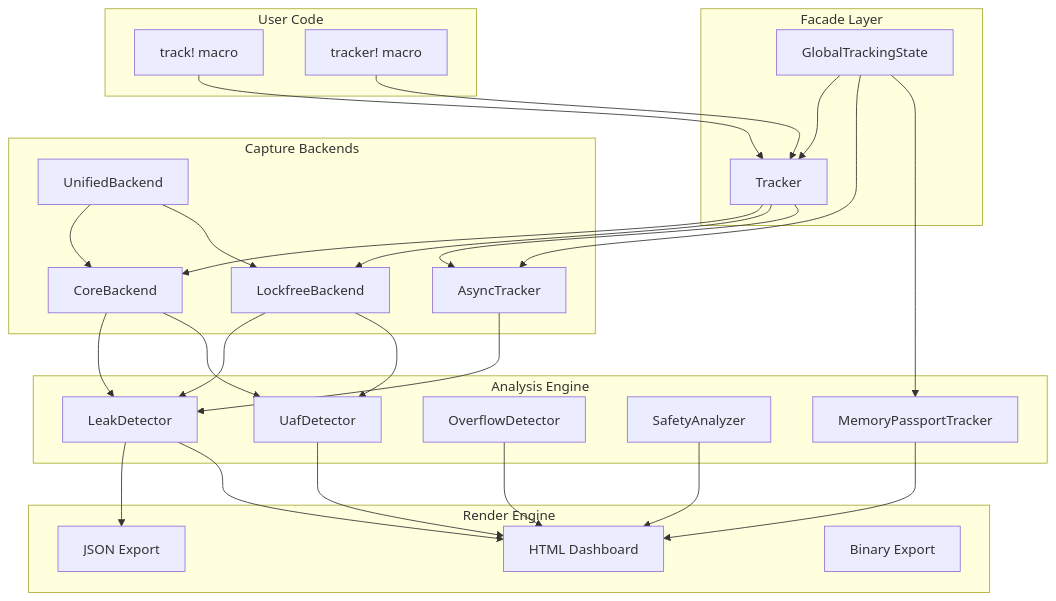
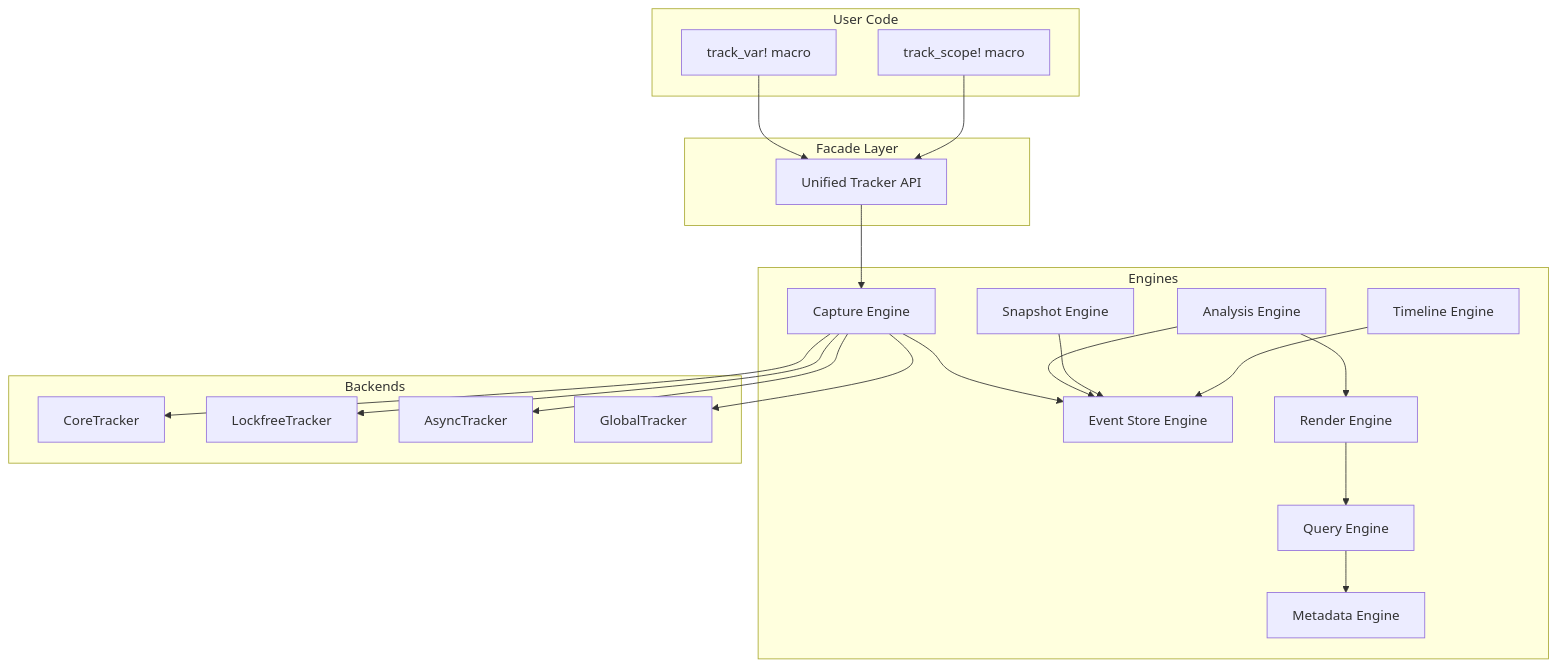
Before and after one commit to Timwood0x10/memscope-rs: the first of 3 diagrams in README.md, drawn with Mermaid. The commit also changed other lines of this file and 11 other files, not shown here.

````diff
--- a/README.md
+++ b/README.md
@@ -10,57 +21,44 @@
 ```mermaid
 graph TB
     subgraph "User Code"
-        A[track! macro]
-        B[tracker! macro]
+        A[track_var! macro]
+        B[track_scope! macro]
     end
 
     subgraph "Facade Layer"
-        C[Tracker]
-        D[GlobalTrackingState]
+        C[Unified Tracker API]
     end
 
-    subgraph "Capture Backends"
-        E[CoreBackend]
-        F[LockfreeBackend]
-        G[AsyncTracker]
-        H[UnifiedBackend]
+    subgraph "Engines"
+        D[Capture Engine]
+        E[Analysis Engine]
+        F[Event Store Engine]
+        G[Render Engine]
+        H[Snapshot Engine]
+        I[Timeline Engine]
+        J[Query Engine]
+        K[Metadata Engine]
     end
 
-    subgraph "Analysis Engine"
-        I[LeakDetector]
-        J[UafDetector]
-        K[OverflowDetector]
-        L[SafetyAnalyzer]
-        M[MemoryPassportTracker]
-    end
-
-    subgraph "Render Engine"
-        N[JSON Export]
-        O[HTML Dashboard]
-        P[Binary Export]
+    subgraph "Backends"
+        L[CoreTracker]
+        M[LockfreeTracker]
+        N[AsyncTracker]
+        O[GlobalTracker]
     end
 
     A --> C
     B --> C
-    C --> E
-    C --> F
-    C --> G
-    D --> C
-    D --> G
+    C --> D
+    D --> L
     D --> M
-    H --> E
+    D --> N
+    D --> O
+    D --> F
+    E --> F
+    E --> G
+    G --> J
     H --> F
-    
-    E --> I
-    E --> J
-    F --> I
-    F --> J
-    G --> I
-    
-    I --> N
-    I --> O
-    J --> O
-    K --> O
-    L --> O
-    M --> O
+    I --> F
+    J --> K
 ```
````
